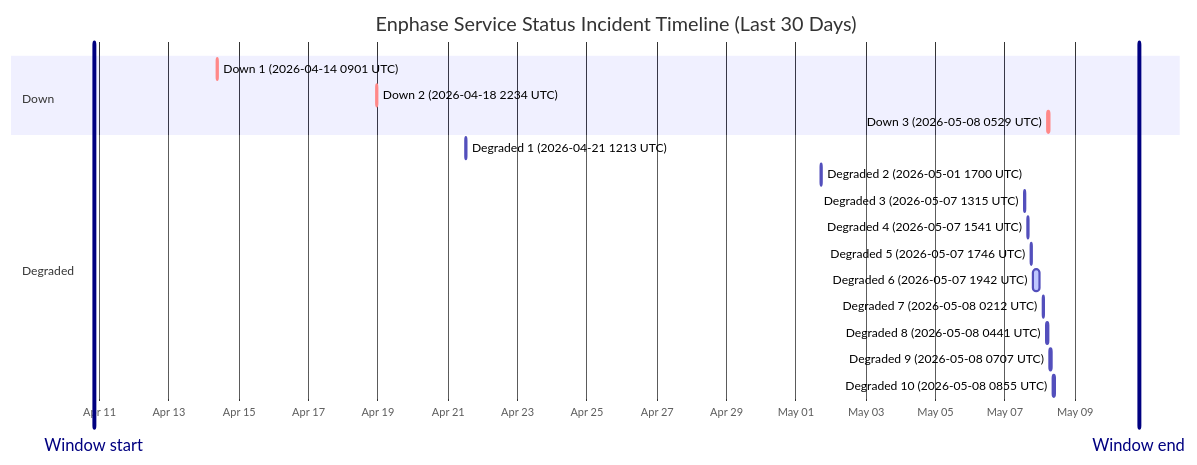
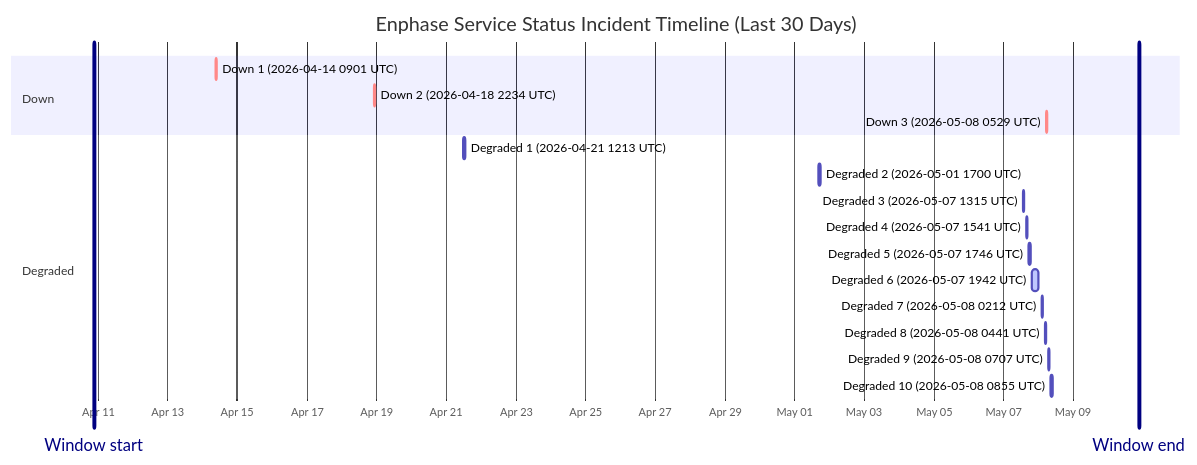
One commit to barneyonline/ha-enphase-ev-charger changed the diagram in wiki/Service-Status-History.md. Above: the diagram before and after it, drawn with Mermaid. The commit also changed other lines of this file and 3 other files, not shown here.

````diff
--- a/wiki/Service-Status-History.md
+++ b/wiki/Service-Status-History.md
@@ -14,23 +14,23 @@
 ```mermaid
 gantt
     title Enphase Service Status Incident Timeline (Last 30 Days)
     dateFormat  YYYY-MM-DDTHH:mm:ss
     axisFormat  %b %d
-    Window start :vert, window-start, 2026-04-10T20:09:28, 0ms
-    Window end :vert, window-end, 2026-05-10T20:09:28, 0ms
+    Window start :vert, window-start, 2026-04-10T21:11:30, 0ms
+    Window end :vert, window-end, 2026-05-10T21:11:30, 0ms
     section Down
     Down 1 (2026-04-14 0901 UTC) :crit, down-1, 2026-04-14T09:01:13, 60m
     Down 2 (2026-04-18 2234 UTC) :crit, down-2, 2026-04-18T22:34:13, 60m
     Down 3 (2026-05-08 0529 UTC) :crit, down-3, 2026-05-08T05:29:47, 60m
     section Degraded
     Degraded 1 (2026-04-21 1213 UTC) :active, degraded-1, 2026-04-21T12:13:11, 60m
     Degraded 2 (2026-05-01 1700 UTC) :active, degraded-2, 2026-05-01T17:00:22, 60m
     Degraded 3 (2026-05-07 1315 UTC) :active, degraded-3, 2026-05-07T13:15:25, 60m
     Degraded 4 (2026-05-07 1541 UTC) :active, degraded-4, 2026-05-07T15:41:58, 60m
     Degraded 5 (2026-05-07 1746 UTC) :active, degraded-5, 2026-05-07T17:46:51, 60m
     Degraded 6 (2026-05-07 1942 UTC) :active, degraded-6, 2026-05-07T19:42:10, 249m
     Degraded 7 (2026-05-08 0212 UTC) :active, degraded-7, 2026-05-08T02:12:39, 60m
     Degraded 8 (2026-05-08 0441 UTC) :active, degraded-8, 2026-05-08T04:41:46, 60m
     Degraded 9 (2026-05-08 0707 UTC) :active, degraded-9, 2026-05-08T07:07:30, 60m
     Degraded 10 (2026-05-08 0855 UTC) :active, degraded-10, 2026-05-08T08:55:20, 88m
 ```
````
